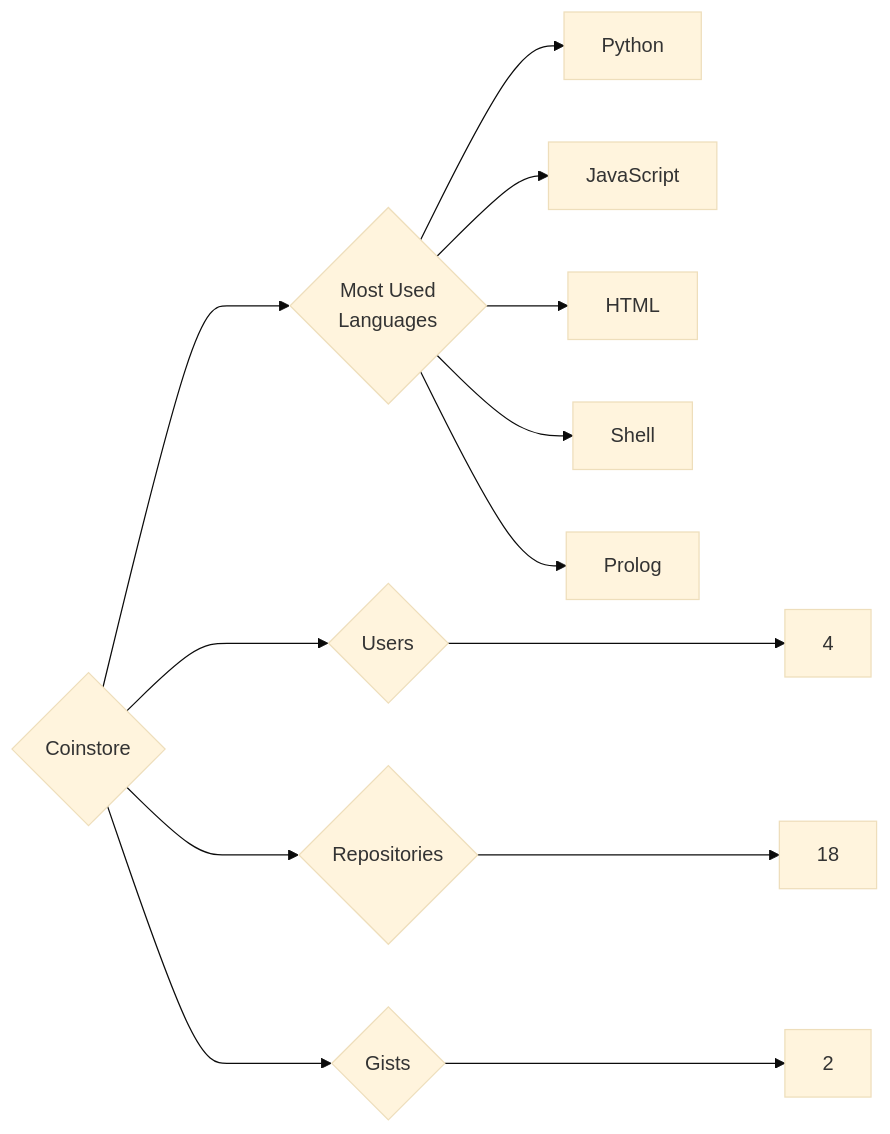
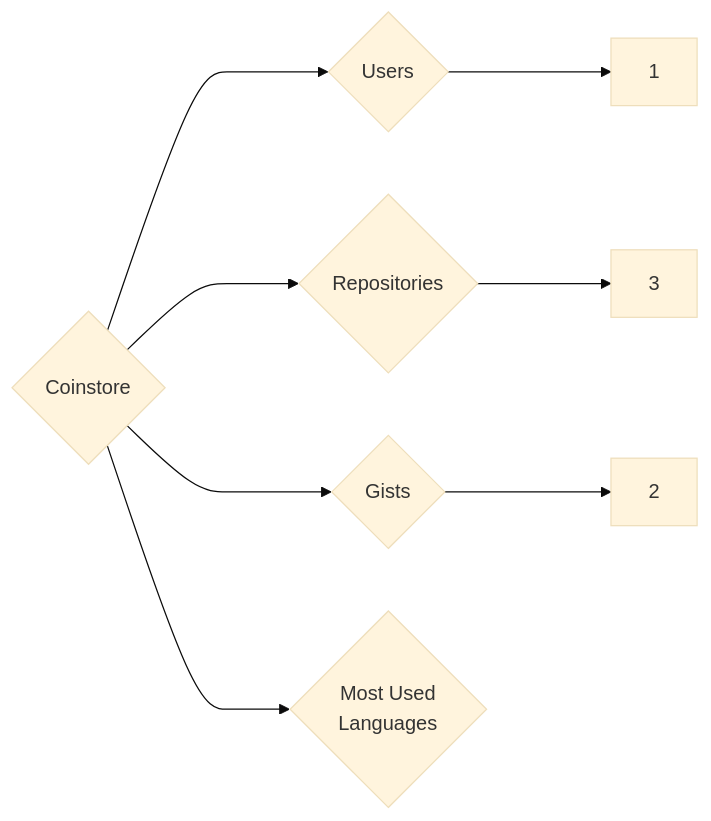
The diagram in targets/Coinstore/README.md (trickest/insiders), drawn with Mermaid (base theme) before and after one commit. The commit also changed 1092 other files, not shown here.

````diff
--- a/targets/Coinstore/README.md
+++ b/targets/Coinstore/README.md
@@ -3,13 +3,8 @@
 ```mermaid
 graph LR
 COMPANY_NAME{Coinstore}
-COMPANY_NAME ---> U{Users} ---> UN[4]
-COMPANY_NAME ---> R{Repositories} ---> RN[18]
+COMPANY_NAME ---> U{Users} ---> UN[1]
+COMPANY_NAME ---> R{Repositories} ---> RN[3]
 COMPANY_NAME ---> G{Gists} ---> GN[2]
 COMPANY_NAME ---> ML{Most Used<br>Languages}
-ML --> Python[Python]
-ML --> JavaScript[JavaScript]
-ML --> HTML[HTML]
-ML --> Shell[Shell]
-ML --> Prolog[Prolog]
 ```
````
